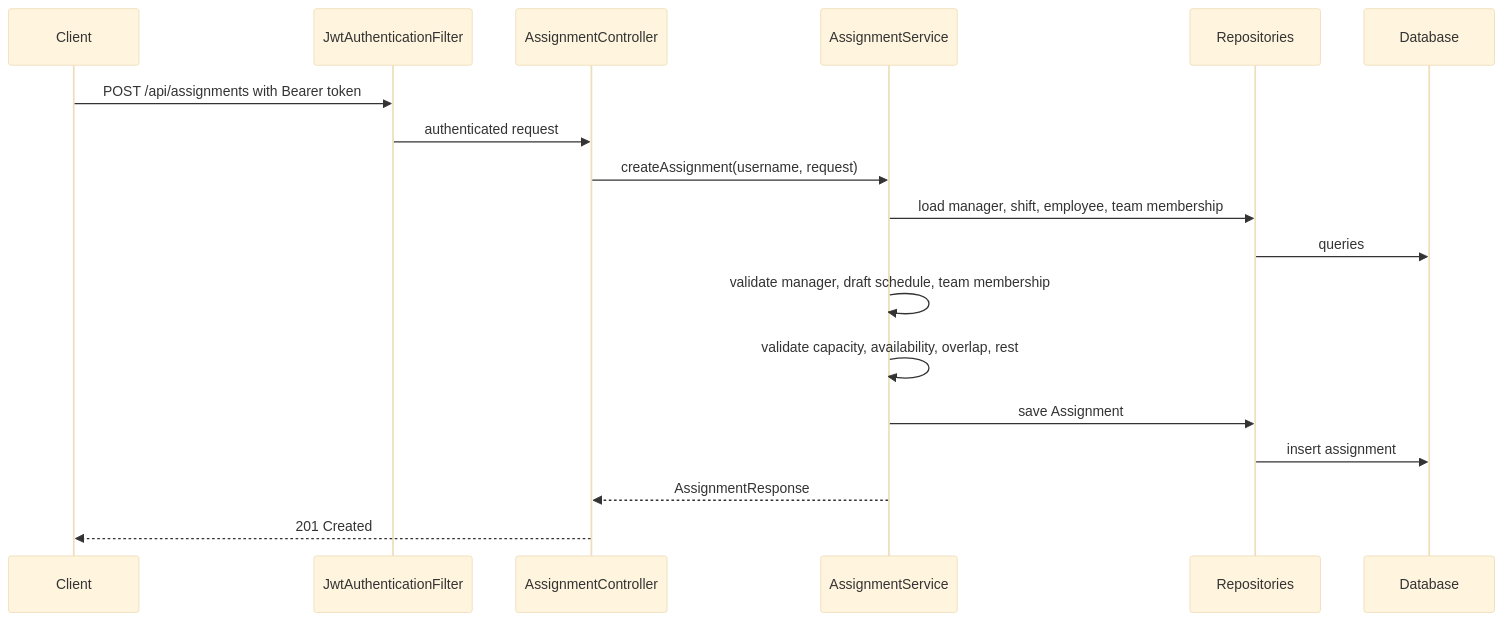
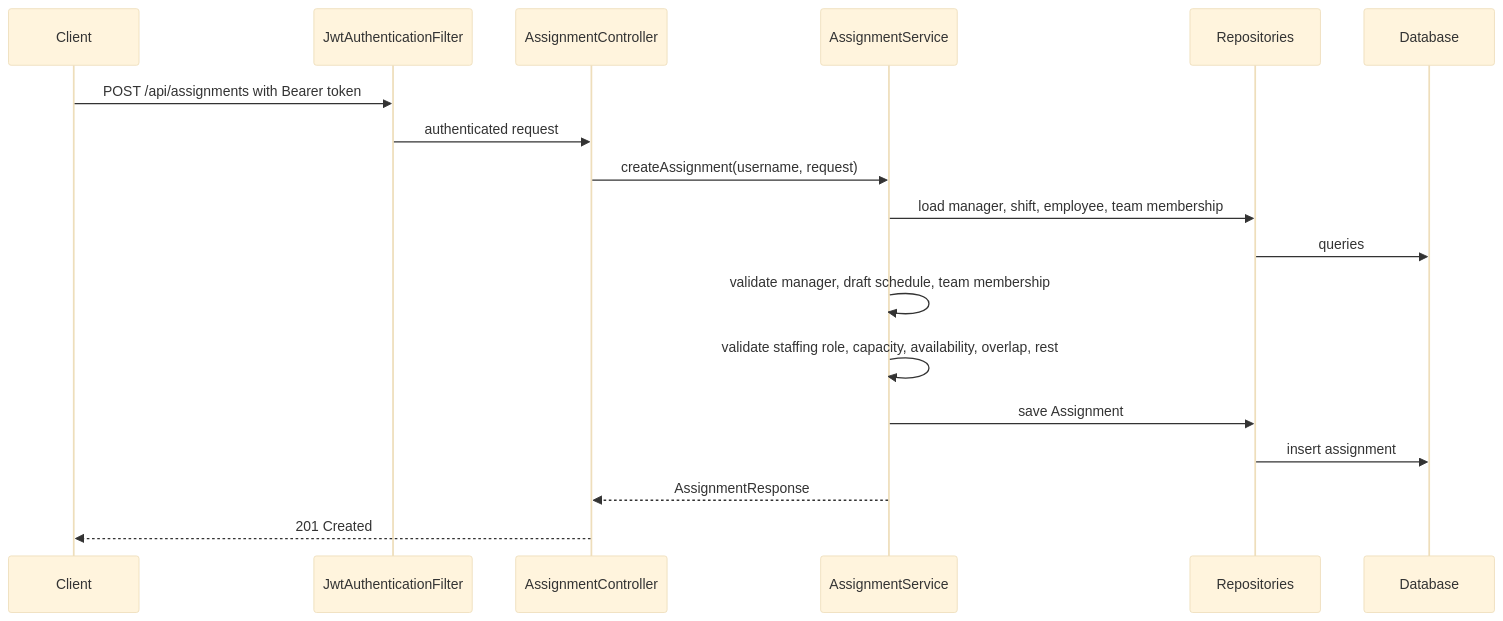
Before and after one commit to HiliMor/shift-management-system: the eighth of 10 diagrams in docs/current-backend-architecture.md, drawn with Mermaid (base theme). The commit also changed other lines of this file and 8 other files, not shown here.

````diff
--- a/docs/current-backend-architecture.md
+++ b/docs/current-backend-architecture.md
@@ -248,21 +268,21 @@
 ```mermaid
 sequenceDiagram
     participant Client
     participant Security as JwtAuthenticationFilter
     participant AssignmentController
     participant AssignmentService
     participant Repositories
     participant Database
 
     Client->>Security: POST /api/assignments with Bearer token
     Security->>AssignmentController: authenticated request
     AssignmentController->>AssignmentService: createAssignment(username, request)
     AssignmentService->>Repositories: load manager, shift, employee, team membership
     Repositories->>Database: queries
     AssignmentService->>AssignmentService: validate manager, draft schedule, team membership
-    AssignmentService->>AssignmentService: validate capacity, availability, overlap, rest
+    AssignmentService->>AssignmentService: validate staffing role, capacity, availability, overlap, rest
     AssignmentService->>Repositories: save Assignment
     Repositories->>Database: insert assignment
     AssignmentService-->>AssignmentController: AssignmentResponse
     AssignmentController-->>Client: 201 Created
 ```
````
